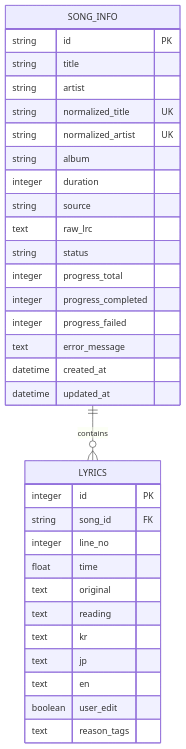
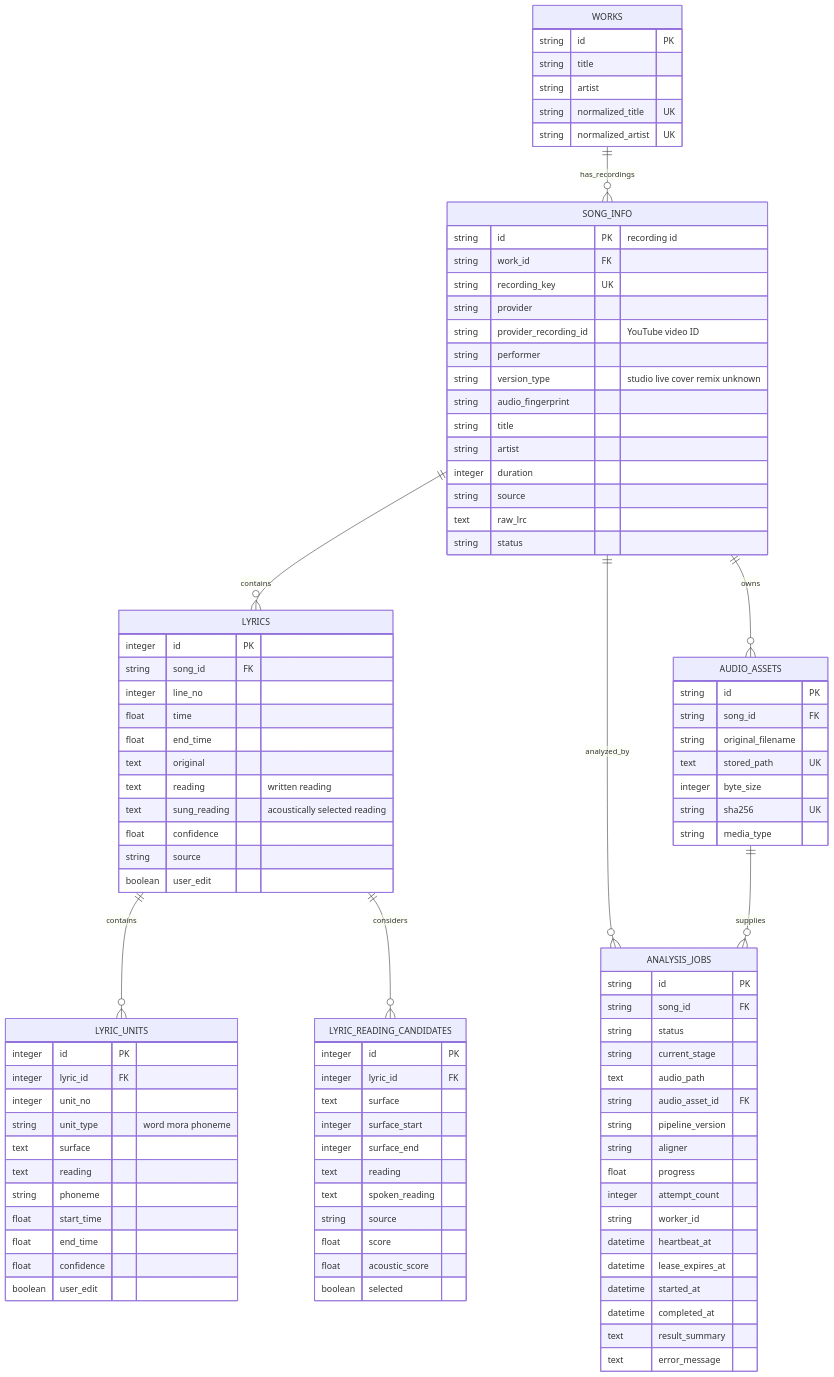
Before and after one commit to KimChaeJun/LyriKana: the diagram in docs/lyrikana-db-erd.md, drawn with Mermaid. The commit also changed other lines of this file and 43 other files, not shown here.

````diff
--- a/docs/lyrikana-db-erd.md
+++ b/docs/lyrikana-db-erd.md
@@ -5,24 +6,36 @@
 ```mermaid
 erDiagram
+  WORKS ||--o{ SONG_INFO : has_recordings
   SONG_INFO ||--o{ LYRICS : contains
+  SONG_INFO ||--o{ ANALYSIS_JOBS : analyzed_by
+  SONG_INFO ||--o{ AUDIO_ASSETS : owns
+  AUDIO_ASSETS ||--o{ ANALYSIS_JOBS : supplies
+  LYRICS ||--o{ LYRIC_UNITS : contains
+  LYRICS ||--o{ LYRIC_READING_CANDIDATES : considers
 
-  SONG_INFO {
+  WORKS {
     string id PK
     string title
     string artist
     string normalized_title UK
     string normalized_artist UK
-    string album
+  }
+
+  SONG_INFO {
+    string id PK "recording id"
+    string work_id FK
+    string recording_key UK
+    string provider
+    string provider_recording_id "YouTube video ID"
+    string performer
+    string version_type "studio live cover remix unknown"
+    string audio_fingerprint
+    string title
+    string artist
     integer duration
     string source
     text raw_lrc
     string status
-    integer progress_total
-    integer progress_completed
-    integer progress_failed
-    text error_message
-    datetime created_at
-    datetime updated_at
   }
 
   LYRICS {
@@ -30,12 +43,70 @@
     string song_id FK
     integer line_no
     float time
+    float end_time
     text original
+    text reading "written reading"
+    text sung_reading "acoustically selected reading"
+    float confidence
+    string source
+    boolean user_edit
+  }
+
+  LYRIC_UNITS {
+    integer id PK
+    integer lyric_id FK
+    integer unit_no
+    string unit_type "word mora phoneme"
+    text surface
     text reading
-    text kr
-    text jp
-    text en
+    string phoneme
+    float start_time
+    float end_time
+    float confidence
     boolean user_edit
-    text reason_tags
+  }
+
+  LYRIC_READING_CANDIDATES {
+    integer id PK
+    integer lyric_id FK
+    text surface
+    integer surface_start
+    integer surface_end
+    text reading
+    text spoken_reading
+    string source
+    float score
+    float acoustic_score
+    boolean selected
+  }
+
+  AUDIO_ASSETS {
+    string id PK
+    string song_id FK
+    string original_filename
+    text stored_path UK
+    integer byte_size
+    string sha256 UK
+    string media_type
+  }
+
+  ANALYSIS_JOBS {
+    string id PK
+    string song_id FK
+    string status
+    string current_stage
+    text audio_path
+    string audio_asset_id FK
+    string pipeline_version
+    string aligner
+    float progress
+    integer attempt_count
+    string worker_id
+    datetime heartbeat_at
+    datetime lease_expires_at
+    datetime started_at
+    datetime completed_at
+    text result_summary
+    text error_message
   }
 ```
````
